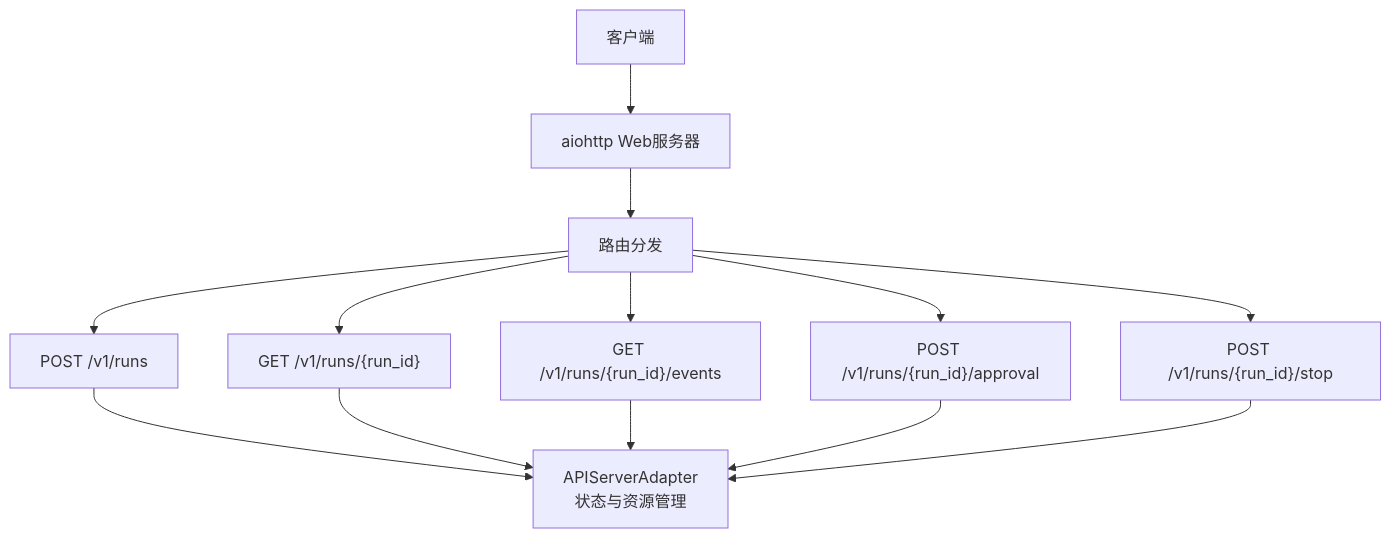
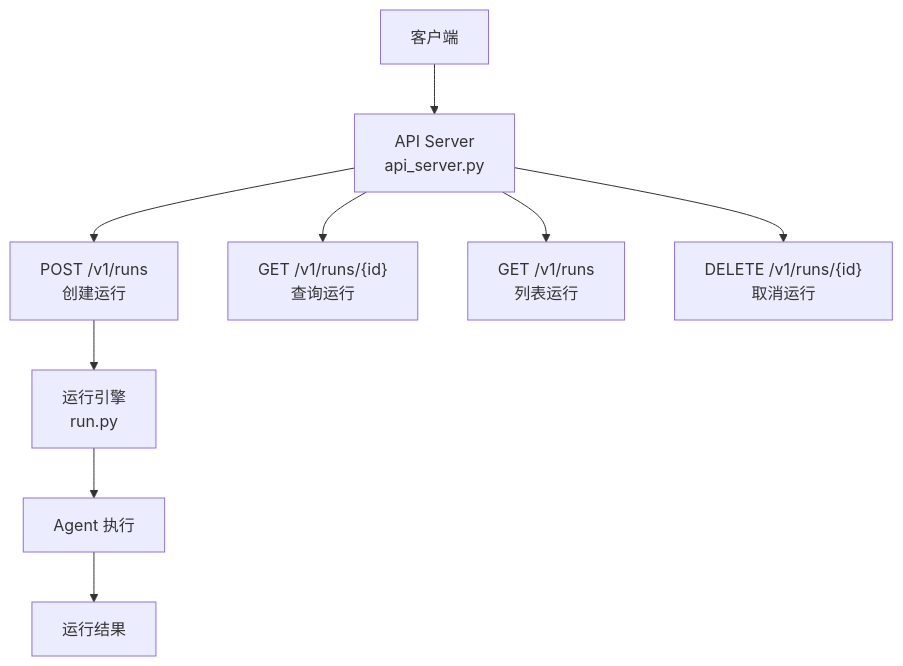
The first of 2 diagrams in .qoder/repowiki/zh/content/API参考/RESTful API/运行管理API.md (YueDJ/SpaikiiDesktop), drawn with Mermaid before and after one commit. The commit also changed other lines of this file and 249 other files, not shown here.

````diff
--- a/.qoder/repowiki/zh/content/API参考/RESTful API/运行管理API.md
+++ b/.qoder/repowiki/zh/content/API参考/RESTful API/运行管理API.md
@@ -37,15 +28,11 @@
 ```mermaid
 graph TB
-Client["客户端"] --> HTTP["aiohttp Web服务器"]
-HTTP --> Router["路由分发"]
-Router --> RunStart["POST /v1/runs"]
-Router --> RunStatus["GET /v1/runs/{run_id}"]
-Router --> RunEvents["GET /v1/runs/{run_id}/events"]
-Router --> RunApproval["POST /v1/runs/{run_id}/approval"]
-Router --> RunStop["POST /v1/runs/{run_id}/stop"]
-RunStart --> Adapter["APIServerAdapter<br/>状态与资源管理"]
-RunStatus --> Adapter
-RunEvents --> Adapter
-RunApproval --> Adapter
-RunStop --> Adapter
+    Client["客户端"] --> API["API Server<br/>api_server.py"]
+    API --> RunCreate["POST /v1/runs<br/>创建运行"]
+    API --> RunGet["GET /v1/runs/{id}<br/>查询运行"]
+    API --> RunList["GET /v1/runs<br/>列表运行"]
+    API --> RunCancel["DELETE /v1/runs/{id}<br/>取消运行"]
+    RunCreate --> RunEngine["运行引擎<br/>run.py"]
+    RunEngine --> Agent["Agent 执行"]
+    Agent --> Result["运行结果"]
 ```
````
